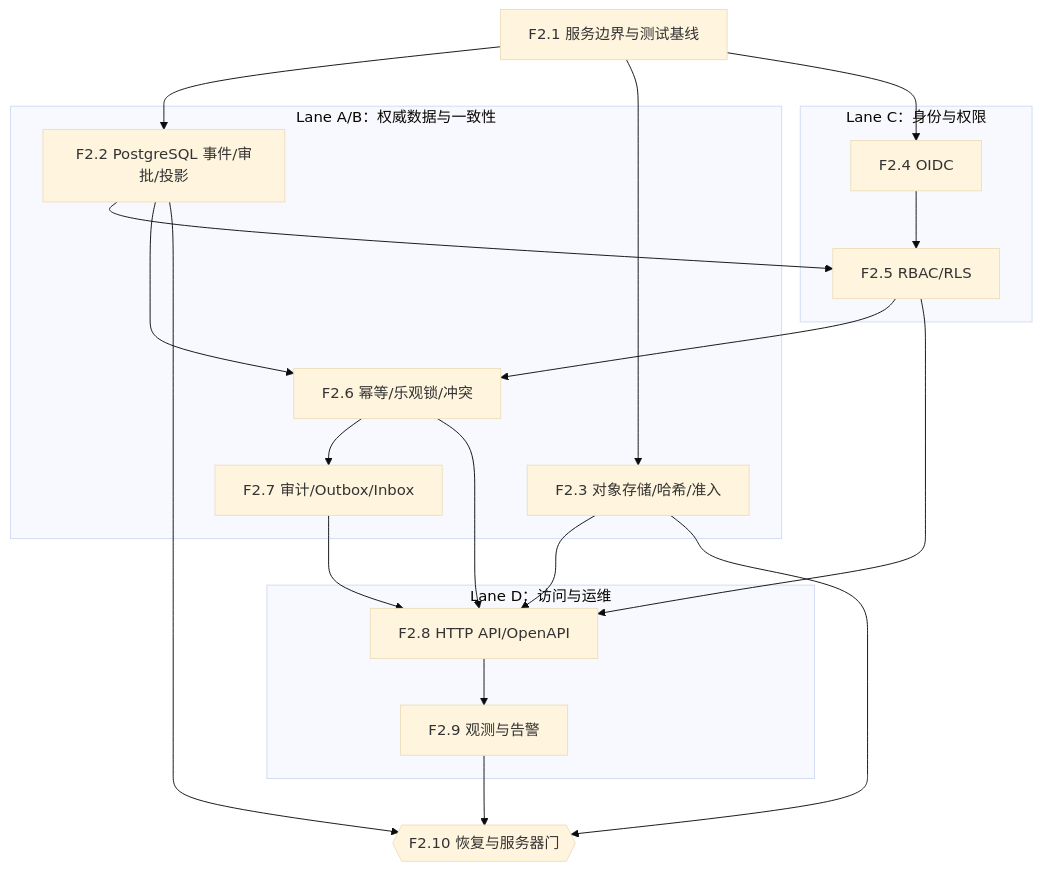
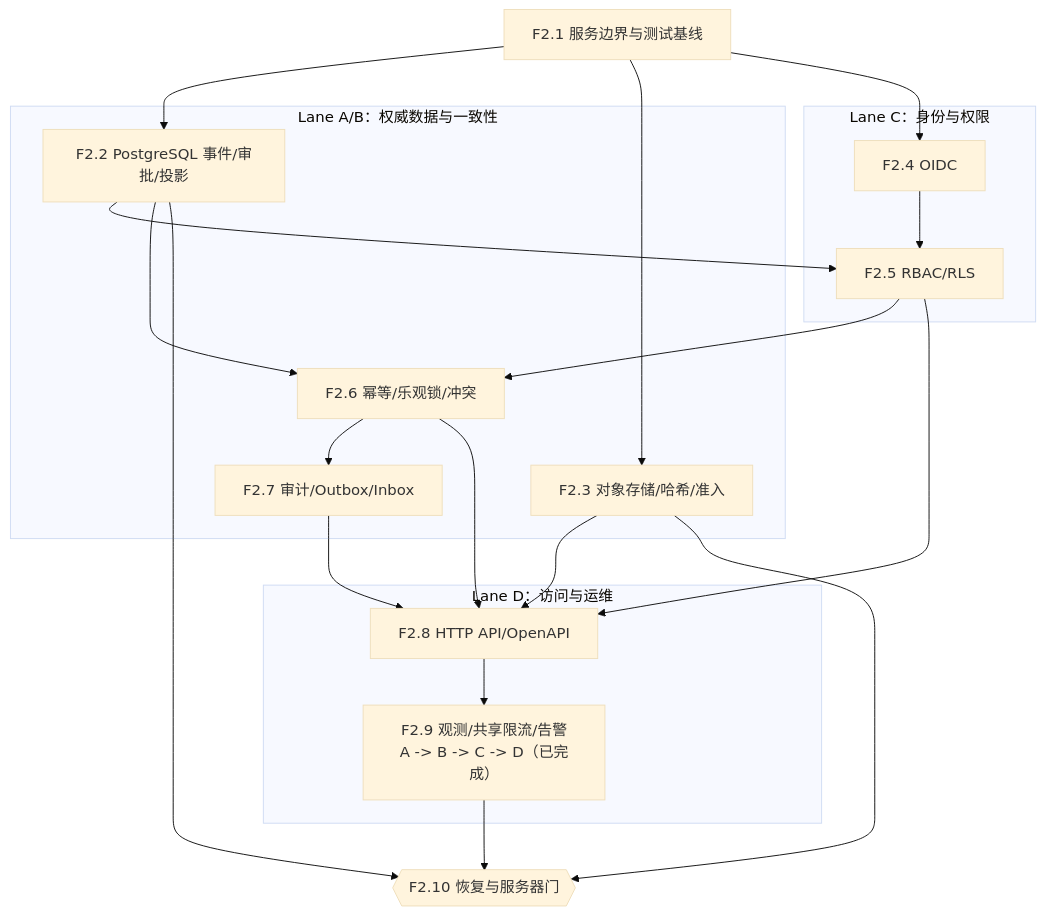
Before and after one commit to xingranya/fox: the third of 6 diagrams in docs/plan/dependency-graph.md, drawn with Mermaid (base theme). The commit also changed other lines of this file and 40 other files, not shown here.

````diff
--- a/docs/plan/dependency-graph.md
+++ b/docs/plan/dependency-graph.md
@@ -50,36 +50,36 @@
 ```mermaid
 flowchart TD
     F21["F2.1 服务边界与测试基线"]
 
     subgraph DATA["Lane A/B：权威数据与一致性"]
         F22["F2.2 PostgreSQL 事件/审批/投影"]
         F23["F2.3 对象存储/哈希/准入"]
         F26["F2.6 幂等/乐观锁/冲突"]
         F27["F2.7 审计/Outbox/Inbox"]
     end
 
     subgraph AUTH["Lane C：身份与权限"]
         F24["F2.4 OIDC"]
         F25["F2.5 RBAC/RLS"]
     end
 
     subgraph SURFACE["Lane D：访问与运维"]
         F28["F2.8 HTTP API/OpenAPI"]
-        F29["F2.9 观测与告警"]
+        F29["F2.9 观测/共享限流/告警\nA -> B -> C -> D（已完成）"]
     end
 
     F210{{"F2.10 恢复与服务器门"}}
 
     F21 --> F22
     F21 --> F23
     F21 --> F24 --> F25
     F22 --> F25
     F22 --> F26
     F25 --> F26 --> F27
     F23 --> F28
     F25 --> F28
     F26 --> F28
     F27 --> F28 --> F29 --> F210
     F22 --> F210
     F23 --> F210
 ```
````
